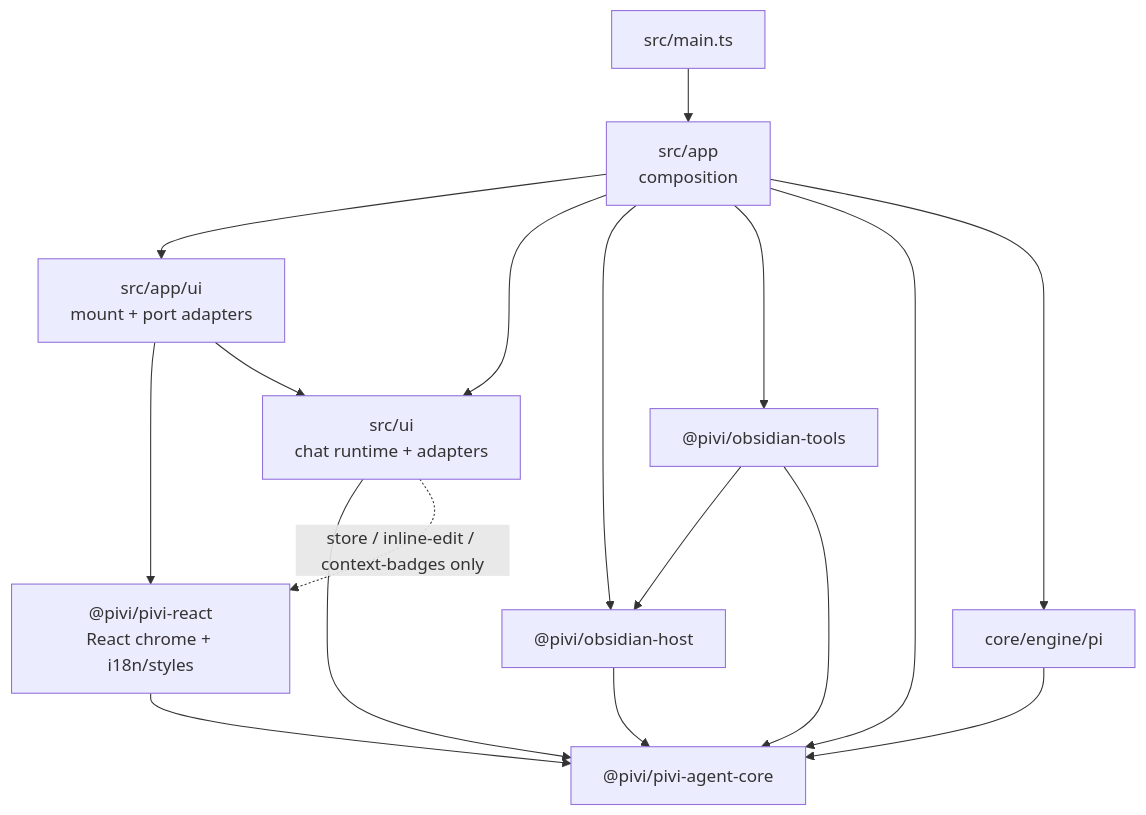
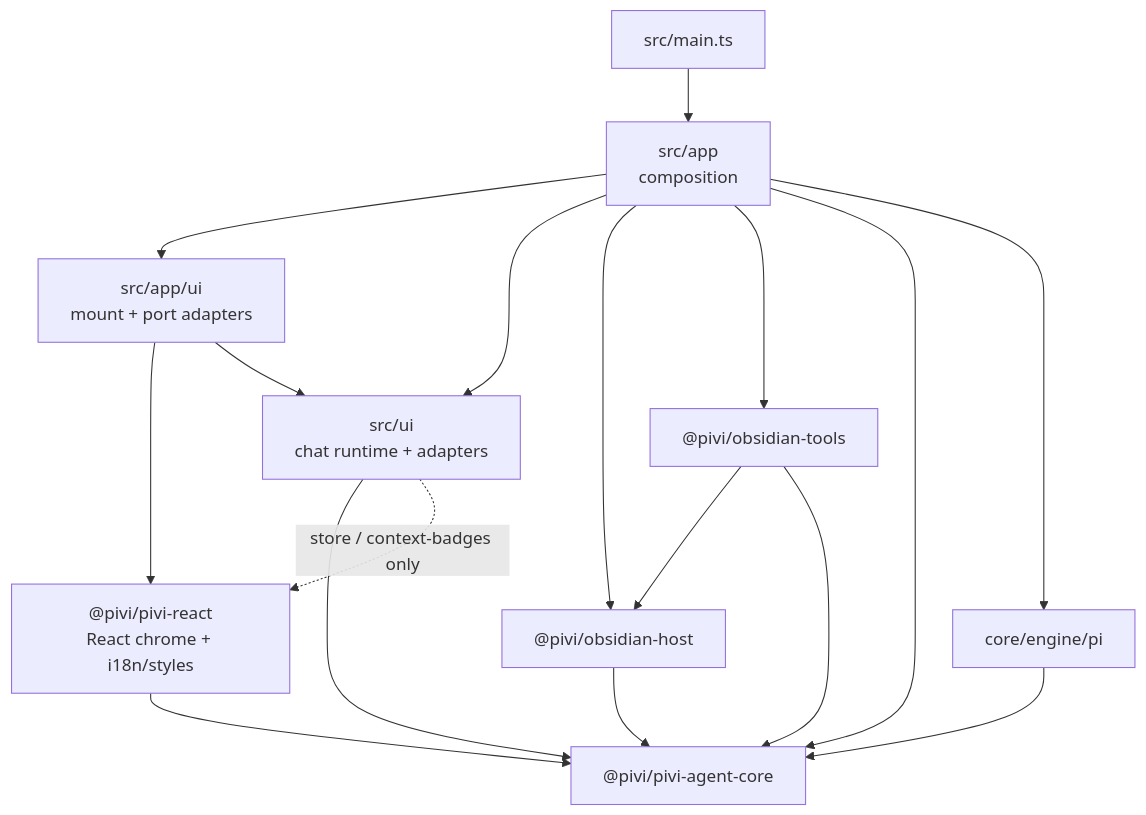
Before and after one commit to shuuul/obsidian-pivi: the first of 4 diagrams in AGENTS.md, drawn with Mermaid. The commit also changed other lines of this file and 70 other files, not shown here.

First line of the commit message:
refactor(editor): remove inline edit

````diff
--- a/AGENTS.md
+++ b/AGENTS.md
@@ -147,19 +147,19 @@
 ```mermaid
 flowchart TD
   Main["src/main.ts"] --> App["src/app<br/>composition"]
   App --> AppUI["src/app/ui<br/>mount + port adapters"]
   App --> RuntimeUI["src/ui<br/>chat runtime + adapters"]
   AppUI --> ReactUI["@pivi/pivi-react<br/>React chrome + i18n/styles"]
   AppUI --> RuntimeUI
   App --> HostPkg["@pivi/obsidian-host"]
   App --> ToolsPkg["@pivi/obsidian-tools"]
   App --> CorePkg["@pivi/pivi-agent-core"]
   App --> Engine["core/engine/pi"]
   ToolsPkg --> HostPkg
   ToolsPkg --> CorePkg
   HostPkg --> CorePkg
   ReactUI --> CorePkg
   RuntimeUI --> CorePkg
-  RuntimeUI -. "store / inline-edit / context-badges only" .-> ReactUI
+  RuntimeUI -. "store / context-badges only" .-> ReactUI
   Engine --> CorePkg
 ```
````
